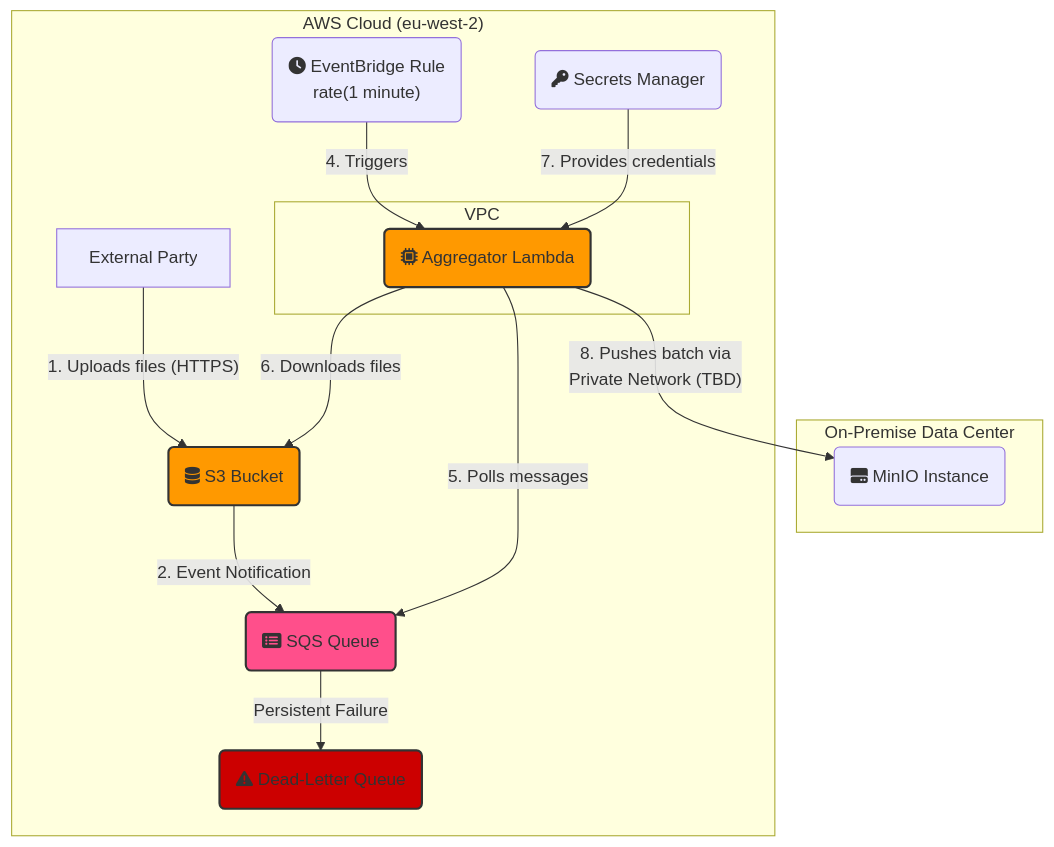
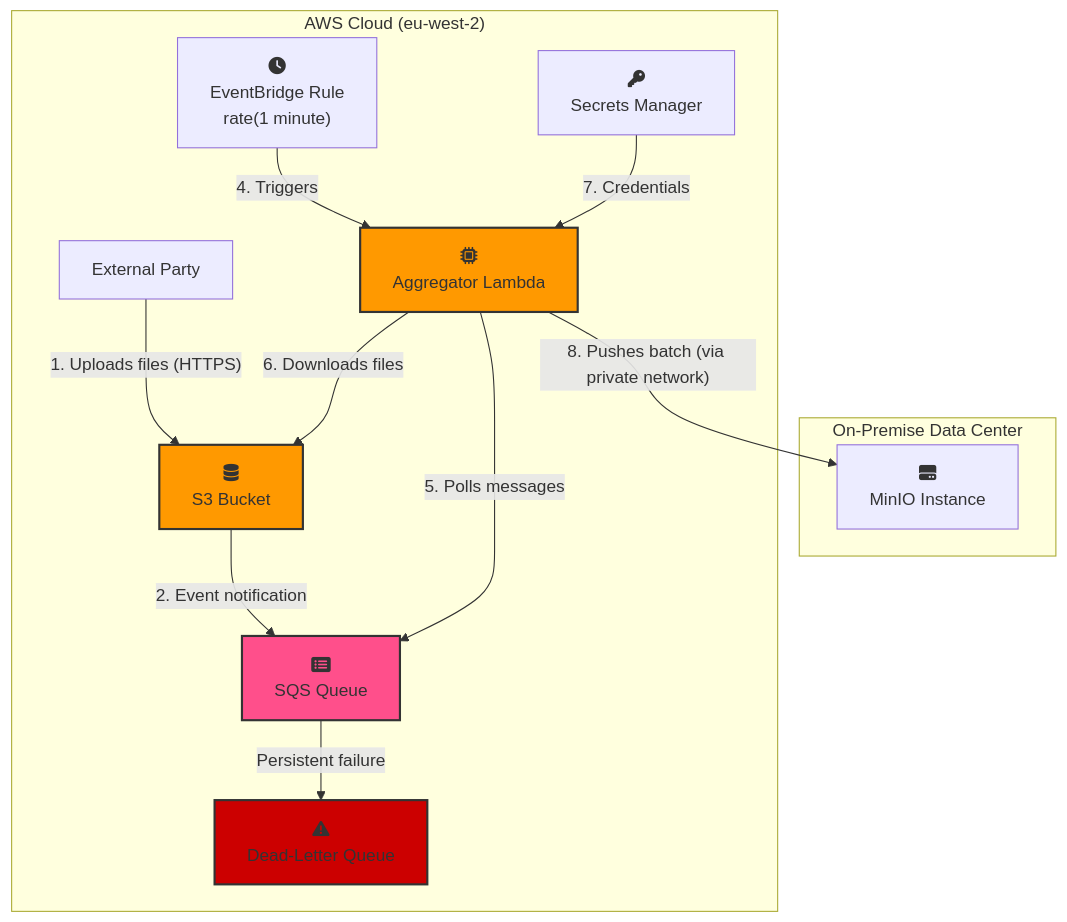
Before and after one commit to jathorp/data_move: the diagram in README.md, drawn with Mermaid.

Commit message:
Fixed diagram

````diff
--- a/README.md
+++ b/README.md
@@ -50,30 +50,34 @@
 ```mermaid
-graph TD;
-    subgraph "On-Premise Data Center"
-        MinIO(fa:fa-hdd MinIO Instance)
-    end
+flowchart TD
+  %% ───────── On-prem DC ─────────
+  subgraph "On-Premise Data Center"
+    MinIO["fa:fa-hdd<br/>MinIO Instance"]
+  end
 
-    subgraph "AWS Cloud (eu-west-2)"
-        subgraph "VPC"
-            Lambda(fa:fa-microchip Aggregator Lambda);
-            style Lambda fill:#FF9900,stroke:#333,stroke-width:2px
-        end
+  %% ───────── AWS Cloud (collapse the VPC level to avoid the bug) ─────────
+  subgraph "AWS Cloud (eu-west-2)"
+    Lambda["fa:fa-microchip<br/>Aggregator Lambda"]
+    ExternalParty["External Party"]
+    S3["fa:fa-database<br/>S3 Bucket"]
+    SQS["fa:fa-list-alt<br/>SQS Queue"]
+    DLQ["fa:fa-exclamation-triangle<br/>Dead-Letter Queue"]
+    EventBridge["fa:fa-clock<br/>EventBridge Rule<br/>rate(1 minute)"]
+    SecretsManager["fa:fa-key<br/>Secrets Manager"]
+  end
 
-        ExternalParty[External Party] -- "1. Uploads files (HTTPS)" --> S3(fa:fa-database S3 Bucket);
-        S3 -- "2. Event Notification" --> SQS(fa:fa-list-alt SQS Queue);
-        SQS -- "Persistent Failure" --> DLQ(fa:fa-exclamation-triangle Dead-Letter Queue);
+  %% ───────── Edges ─────────
+  ExternalParty -->|"1. Uploads files (HTTPS)"| S3
+  S3 -->|"2. Event notification"| SQS
+  SQS -->|"Persistent failure"| DLQ
+  EventBridge -->|"4. Triggers"| Lambda
+  Lambda -->|"5. Polls messages"| SQS
+  Lambda -->|"6. Downloads files"| S3
+  SecretsManager -->|"7. Credentials"| Lambda
+  Lambda -->|"8. Pushes batch (via private network)"| MinIO
 
-        EventBridge("fa:fa-clock EventBridge Rule
-        rate(1 minute)") -- "4. Triggers" --> Lambda;
-        Lambda -- "5. Polls messages" --> SQS;
-        Lambda -- "6. Downloads files" --> S3;
-        SecretsManager(fa:fa-key Secrets Manager) -- "7. Provides credentials" --> Lambda;
-    end
-
-    Lambda -- "8. Pushes batch via
-    Private Network (TBD)" --> MinIO;
-
-    style S3 fill:#f90,stroke:#333,stroke-width:2px
-    style SQS fill:#FF4F8B,stroke:#333,stroke-width:2px
-    style DLQ fill:#CC0000,stroke:#333,stroke-width:2px
+  %% ───────── Styling ─────────
+  style Lambda fill:#FF9900,stroke:#333,stroke-width:2px
+  style S3     fill:#FF9900,stroke:#333,stroke-width:2px
+  style SQS    fill:#FF4F8B,stroke:#333,stroke-width:2px
+  style DLQ    fill:#CC0000,stroke:#333,stroke-width:2px
 ```
````
